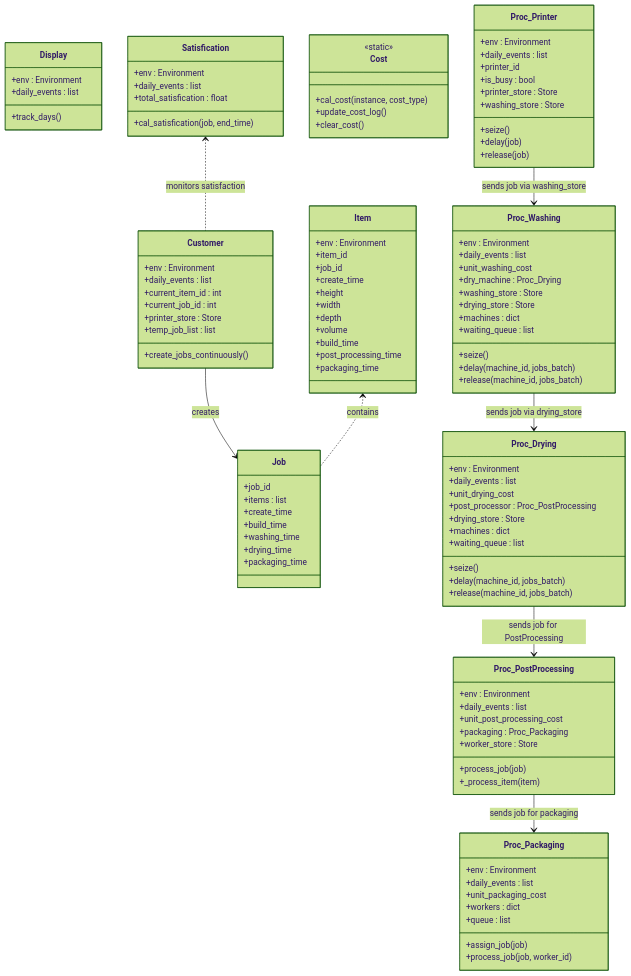
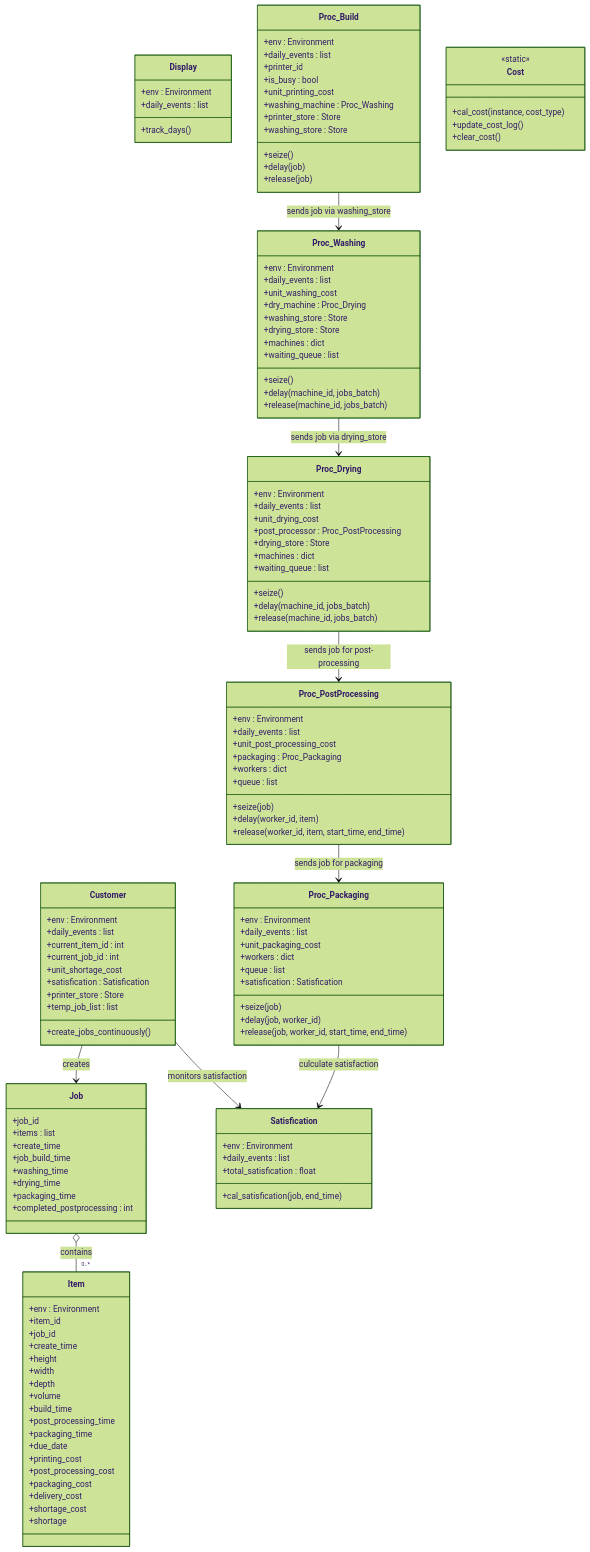
The diagram in class_diagram.md (TaeWeonHan/3D_printing_farm_Invisalign_Aligners), drawn with Mermaid (forest theme) before and after one commit. The commit also changed 8 other files, not shown here.

````diff
--- a/class_diagram.md
+++ b/class_diagram.md
@@ -5,39 +5,44 @@
         +daily_events : list
         +track_days()
     }
-    
+
     class Job {
         +job_id
         +items : list
         +create_time
-        +build_time
+        +job_build_time
         +washing_time
         +drying_time
         +packaging_time
+        +completed_postprocessing : int
     }
-    
+
     class Customer {
         +env : Environment
         +daily_events : list
         +current_item_id : int
         +current_job_id : int
+        +unit_shortage_cost
+        +satisfication : Satisfication
         +printer_store : Store
         +temp_job_list : list
         +create_jobs_continuously()
     }
-    
-    class Proc_Printer {
+
+    class Proc_Build {
         +env : Environment
         +daily_events : list
         +printer_id
         +is_busy : bool
+        +unit_printing_cost
+        +washing_machine : Proc_Washing
         +printer_store : Store
         +washing_store : Store
         +seize()
         +delay(job)
         +release(job)
     }
-    
+
     class Proc_Washing {
         +env : Environment
         +daily_events : list
@@ -51,7 +56,7 @@
         +delay(machine_id, jobs_batch)
         +release(machine_id, jobs_batch)
     }
-    
+
     class Proc_Drying {
         +env : Environment
         +daily_events : list
@@ -64,27 +69,31 @@
         +delay(machine_id, jobs_batch)
         +release(machine_id, jobs_batch)
     }
-    
+
     class Proc_PostProcessing {
         +env : Environment
         +daily_events : list
         +unit_post_processing_cost
         +packaging : Proc_Packaging
-        +worker_store : Store
-        +process_job(job)
-        +_process_item(item)
+        +workers : dict
+        +queue : list
+        +seize(job)
+        +delay(worker_id, item)
+        +release(worker_id, item, start_time, end_time)
     }
-    
+
     class Proc_Packaging {
         +env : Environment
         +daily_events : list
         +unit_packaging_cost
         +workers : dict
         +queue : list
-        +assign_job(job)
-        +process_job(job, worker_id)
+        +satisfication : Satisfication
+        +seize(job)
+        +delay(job, worker_id)
+        +release(job, worker_id, start_time, end_time)
     }
-    
+
     class Item {
         +env : Environment
         +item_id
@@ -97,27 +106,35 @@
         +build_time
         +post_processing_time
         +packaging_time
+        +due_date
+        +printing_cost
+        +post_processing_cost
+        +packaging_cost
+        +delivery_cost
+        +shortage_cost
+        +shortage
     }
-    
+
     class Cost {
         <<static>>
         +cal_cost(instance, cost_type)
         +update_cost_log()
         +clear_cost()
     }
-    
+
     class Satisfication {
         +env : Environment
         +daily_events : list
         +total_satisfication : float
         +cal_satisfication(job, end_time)
     }
-    
+
     Customer --> Job : creates
-    Proc_Printer --> Proc_Washing : sends job via washing_store
+    Job o-- "0..*" Item : contains
+    Proc_Build --> Proc_Washing : sends job via washing_store
     Proc_Washing --> Proc_Drying : sends job via drying_store
-    Proc_Drying --> Proc_PostProcessing : sends job for PostProcessing
+    Proc_Drying --> Proc_PostProcessing : sends job for post-processing
     Proc_PostProcessing --> Proc_Packaging : sends job for packaging
-    Item <.. Job : contains
-    Satisfication <.. Customer : monitors satisfaction
+    Proc_Packaging --> Satisfication : culculate satisfaction
+    Customer --> Satisfication : monitors satisfaction
 ```
````
